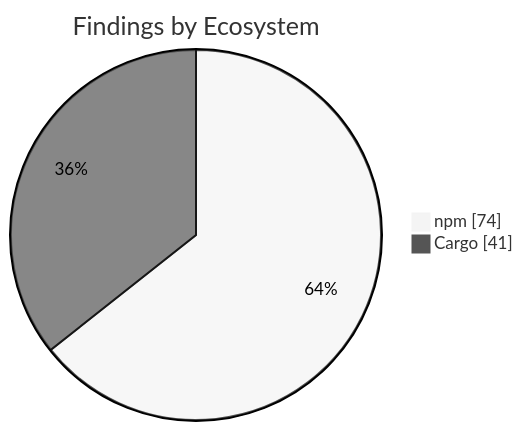
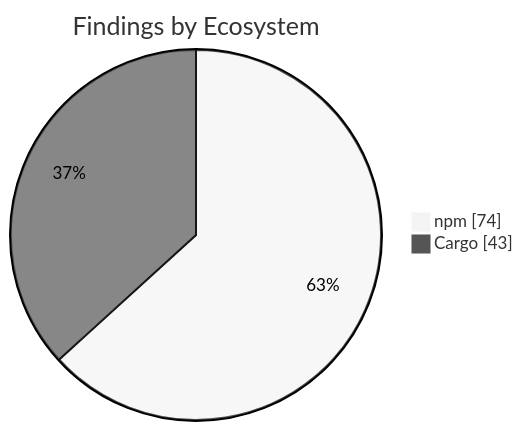
One commit to KBVE/kbve changed the second of 2 diagrams in apps/kbve/astro-kbve/src/content/docs/dashboard/security.mdx. Above: the diagram before and after it, drawn with Mermaid (neutral theme). The commit also changed other lines of this file and 7 other files, not shown here.

````diff
--- a/apps/kbve/astro-kbve/src/content/docs/dashboard/security.mdx
+++ b/apps/kbve/astro-kbve/src/content/docs/dashboard/security.mdx
@@ -73,6 +73,6 @@
 ```mermaid
 pie showData
     title Findings by Ecosystem
     "npm" : 74
-    "Cargo" : 41
+    "Cargo" : 43
 ```
````
